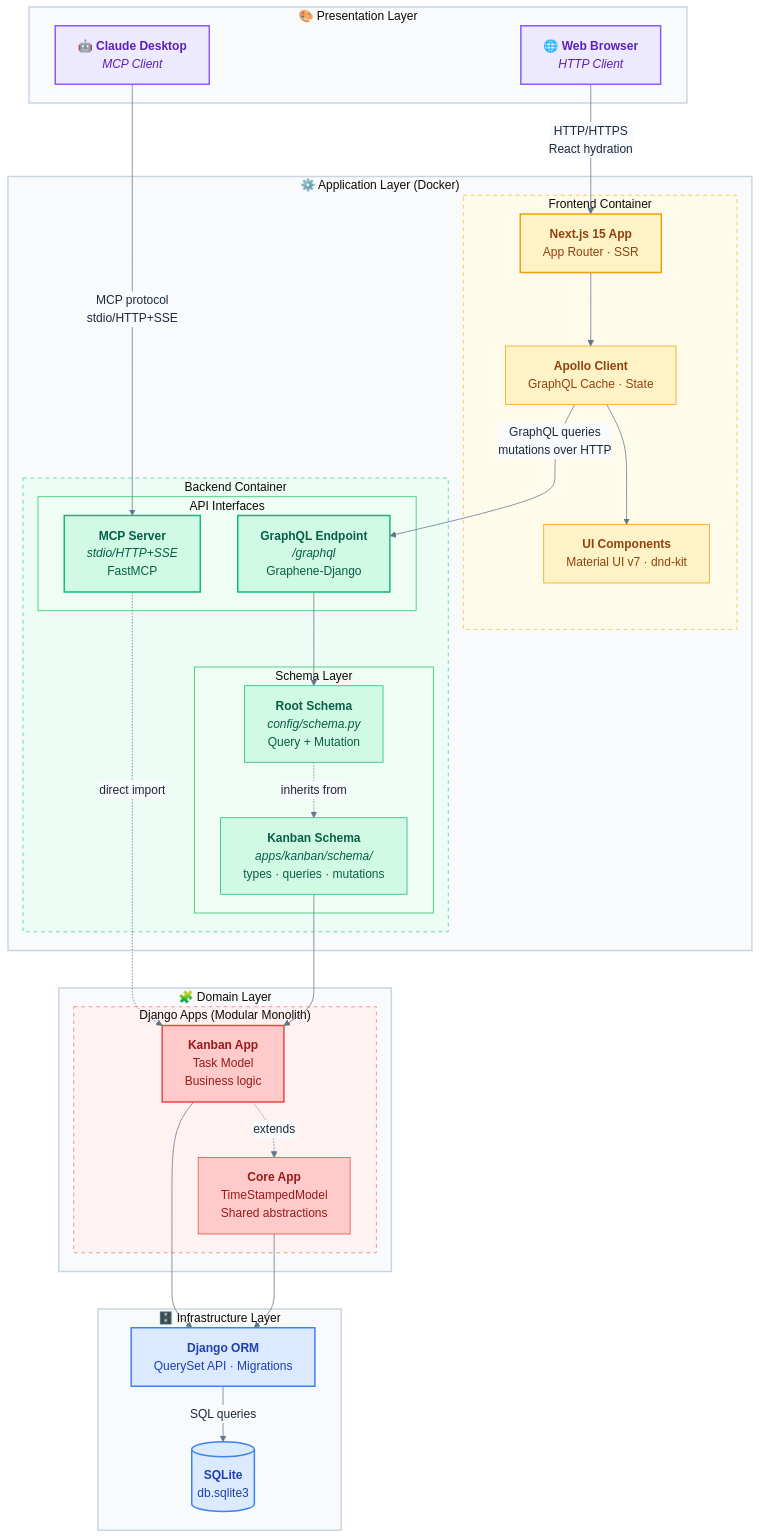
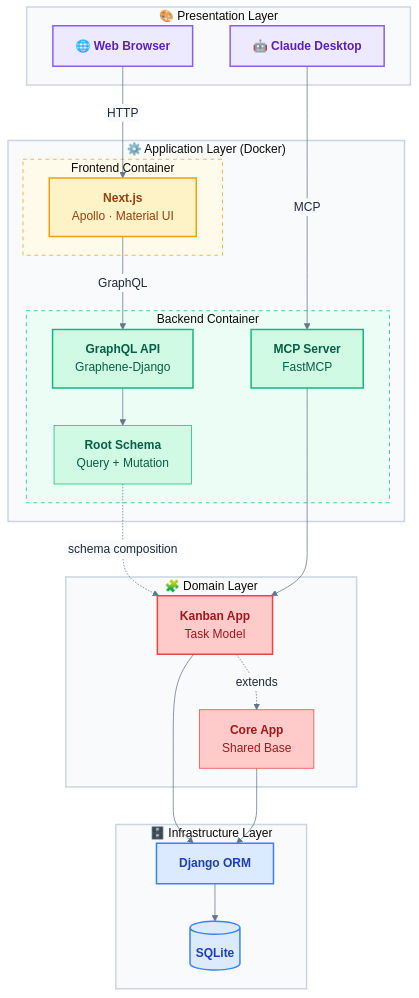
Before and after one commit to ggustin93/nextjs-django-kanban-mcp: the second of 2 diagrams in README.md, drawn with Mermaid. The commit also changed other lines of this file and 6 other files, not shown here.

````diff
--- a/README.md
+++ b/README.md
@@ -279,90 +279,62 @@
 %%{init: {'theme': 'base', 'themeVariables': { 'primaryColor': '#fff', 'primaryTextColor': '#1e293b', 'primaryBorderColor': '#e2e8f0', 'lineColor': '#64748b', 'secondaryColor': '#f8fafc', 'tertiaryColor': '#f1f5f9'}}}%%
 graph TB
     subgraph Presentation["🎨 Presentation Layer"]
-        Browser["🌐 <b>Web Browser</b><br/><i>HTTP Client</i>"]
-        Claude["🤖 <b>Claude Desktop</b><br/><i>MCP Client</i>"]
+        Browser["🌐 <b>Web Browser</b>"]
+        Claude["🤖 <b>Claude Desktop</b>"]
     end
 
     subgraph Application["⚙️ Application Layer (Docker)"]
         subgraph Frontend["Frontend Container"]
-            NextApp["<b>Next.js 15 App</b><br/>App Router · SSR"]
-            Apollo["<b>Apollo Client</b><br/>GraphQL Cache · State"]
-            UI["<b>UI Components</b><br/>Material UI v7 · dnd-kit"]
+            NextApp["<b>Next.js</b><br/>Apollo · Material UI"]
         end
 
         subgraph Backend["Backend Container"]
-            subgraph APIs["API Interfaces"]
-                GraphQL["<b>GraphQL Endpoint</b><br/><i>/graphql</i><br/>Graphene-Django"]
-                MCPServer["<b>MCP Server</b><br/><i>stdio/HTTP+SSE</i><br/>FastMCP"]
-            end
-
-            subgraph Schema["Schema Layer"]
-                RootSchema["<b>Root Schema</b><br/><i>config/schema.py</i><br/>Query + Mutation"]
-                KanbanSchema["<b>Kanban Schema</b><br/><i>apps/kanban/schema/</i><br/>types · queries · mutations"]
-            end
+            GraphQL["<b>GraphQL API</b><br/>Graphene-Django"]
+            MCPServer["<b>MCP Server</b><br/>FastMCP"]
+            RootSchema["<b>Root Schema</b><br/>Query + Mutation"]
         end
     end
 
     subgraph Domain["🧩 Domain Layer"]
-        subgraph Apps["Django Apps (Modular Monolith)"]
-            CoreApp["<b>Core App</b><br/>TimeStampedModel<br/>Shared abstractions"]
-            KanbanApp["<b>Kanban App</b><br/>Task Model<br/>Business logic"]
-        end
+        CoreApp["<b>Core App</b><br/>Shared Base"]
+        KanbanApp["<b>Kanban App</b><br/>Task Model"]
     end
 
     subgraph Infrastructure["🗄️ Infrastructure Layer"]
-        ORM["<b>Django ORM</b><br/>QuerySet API · Migrations"]
-        DB[("<b>SQLite</b><br/>db.sqlite3")]
+        ORM["<b>Django ORM</b>"]
+        DB[("<b>SQLite</b>")]
     end
 
-    %% Client to Frontend
-    Browser -->|"HTTP/HTTPS<br/>React hydration"| NextApp
-    NextApp --> Apollo
-    Apollo --> UI
+    %% Connections
+    Browser -->|"HTTP"| NextApp
+    NextApp -->|"GraphQL"| GraphQL
+    Claude -->|"MCP"| MCPServer
 
-    %% Frontend to Backend
-    Apollo -->|"GraphQL queries<br/>mutations over HTTP"| GraphQL
-
-    %% Claude to Backend
-    Claude -->|"MCP protocol<br/>stdio/HTTP+SSE"| MCPServer
-
-    %% Schema Composition
     GraphQL --> RootSchema
-    RootSchema -.->|"inherits from"| KanbanSchema
-    MCPServer -.->|"direct import"| KanbanApp
-
-    %% Backend to Domain
-    KanbanSchema --> KanbanApp
+    RootSchema -.->|"schema composition"| KanbanApp
+    MCPServer --> KanbanApp
     KanbanApp -.->|"extends"| CoreApp
 
-    %% Domain to Infrastructure
     KanbanApp --> ORM
     CoreApp --> ORM
-    ORM -->|"SQL queries"| DB
+    ORM --> DB
 
     %% Styling
     style Browser fill:#ede9fe,stroke:#8b5cf6,color:#5b21b6,stroke-width:2px
     style Claude fill:#ede9fe,stroke:#8b5cf6,color:#5b21b6,stroke-width:2px
     style NextApp fill:#fef3c7,stroke:#f59e0b,color:#92400e,stroke-width:2px
-    style Apollo fill:#fef3c7,stroke:#f59e0b,color:#92400e
-    style UI fill:#fef3c7,stroke:#f59e0b,color:#92400e
     style GraphQL fill:#d1fae5,stroke:#10b981,color:#065f46,stroke-width:2px
     style MCPServer fill:#d1fae5,stroke:#10b981,color:#065f46,stroke-width:2px
     style RootSchema fill:#d1fae5,stroke:#10b981,color:#065f46
-    style KanbanSchema fill:#d1fae5,stroke:#10b981,color:#065f46
     style CoreApp fill:#fecaca,stroke:#ef4444,color:#991b1b
     style KanbanApp fill:#fecaca,stroke:#ef4444,color:#991b1b,stroke-width:2px
     style ORM fill:#dbeafe,stroke:#3b82f6,color:#1e40af,stroke-width:2px
     style DB fill:#dbeafe,stroke:#3b82f6,color:#1e40af,stroke-width:2px
 
-    %% Container styling
     style Presentation fill:#f8fafc,stroke:#cbd5e1,stroke-width:2px
     style Application fill:#f8fafc,stroke:#cbd5e1,stroke-width:2px
-    style Frontend fill:#fffbeb,stroke:#fbbf24,stroke-width:1px,stroke-dasharray: 5 5
-    style Backend fill:#ecfdf5,stroke:#34d399,stroke-width:1px,stroke-dasharray: 5 5
-    style APIs fill:#f0fdf4,stroke:#22c55e,stroke-width:1px
-    style Schema fill:#f0fdf4,stroke:#22c55e,stroke-width:1px
+    style Frontend fill:#fffbeb,stroke:#f59e0b,stroke-dasharray:5 5
+    style Backend fill:#ecfdf5,stroke:#10b981,stroke-dasharray:5 5
     style Domain fill:#f8fafc,stroke:#cbd5e1,stroke-width:2px
-    style Apps fill:#fef2f2,stroke:#f87171,stroke-width:1px,stroke-dasharray: 5 5
     style Infrastructure fill:#f8fafc,stroke:#cbd5e1,stroke-width:2px
 ```
````
